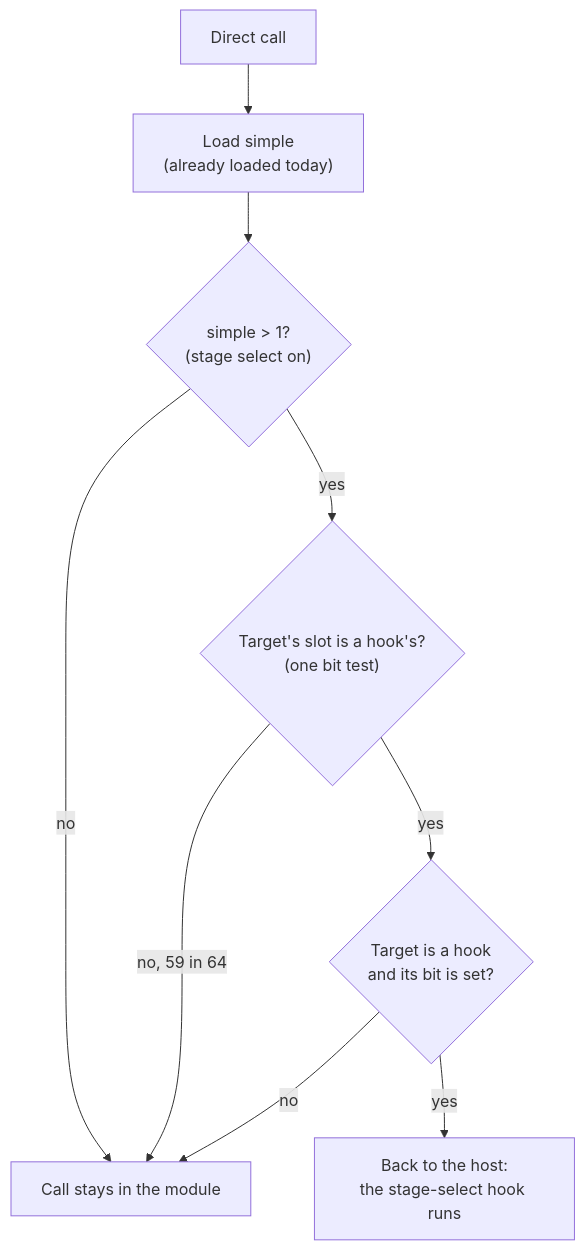
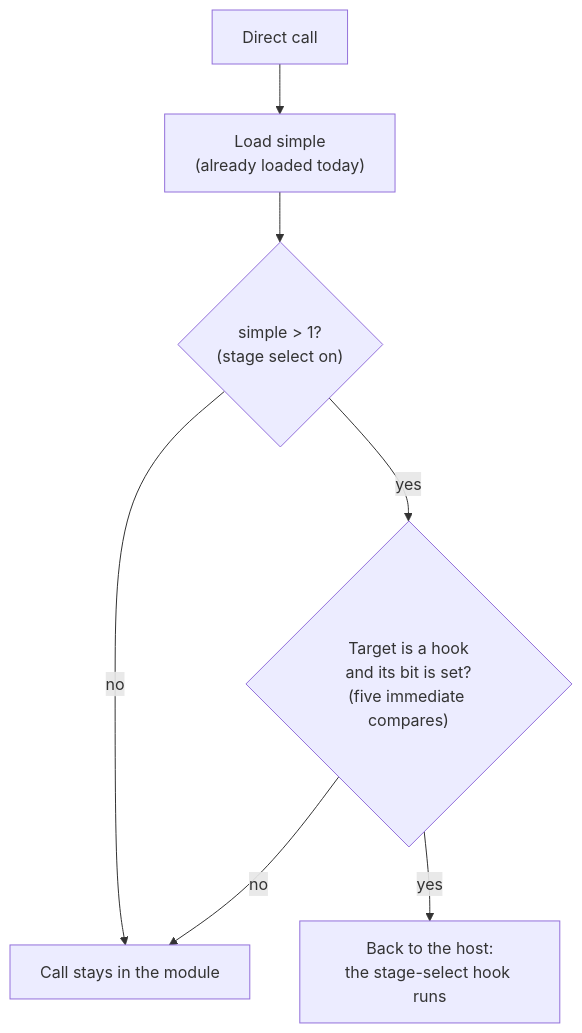
Before and after one commit to chrissotraidis/bluewake: the second of 2 diagrams in docs/planning/2026-10-31-stage_select_direct_calls/TECH_PLAN.md, drawn with Mermaid. The commit also changed other lines of this file and 5 other files, not shown here.

````diff
--- a/docs/planning/2026-10-31-stage_select_direct_calls/TECH_PLAN.md
+++ b/docs/planning/2026-10-31-stage_select_direct_calls/TECH_PLAN.md
@@ -27,11 +27,9 @@
 ```mermaid
 flowchart TD
     A["Direct call"] --> B["Load simple<br/>(already loaded today)"]
     B --> C{"simple > 1?<br/>(stage select on)"}
     C -->|"no"| F["Call stays in the module"]
-    C -->|"yes"| D{"Target's slot is a hook's?<br/>(one bit test)"}
-    D -->|"no, 59 in 64"| F
-    D -->|"yes"| E{"Target is a hook<br/>and its bit is set?"}
+    C -->|"yes"| E{"Target is a hook<br/>and its bit is set?<br/>(five immediate compares)"}
     E -->|"no"| F
     E -->|"yes"| H["Back to the host:<br/>the stage-select hook runs"]
 ```
````
